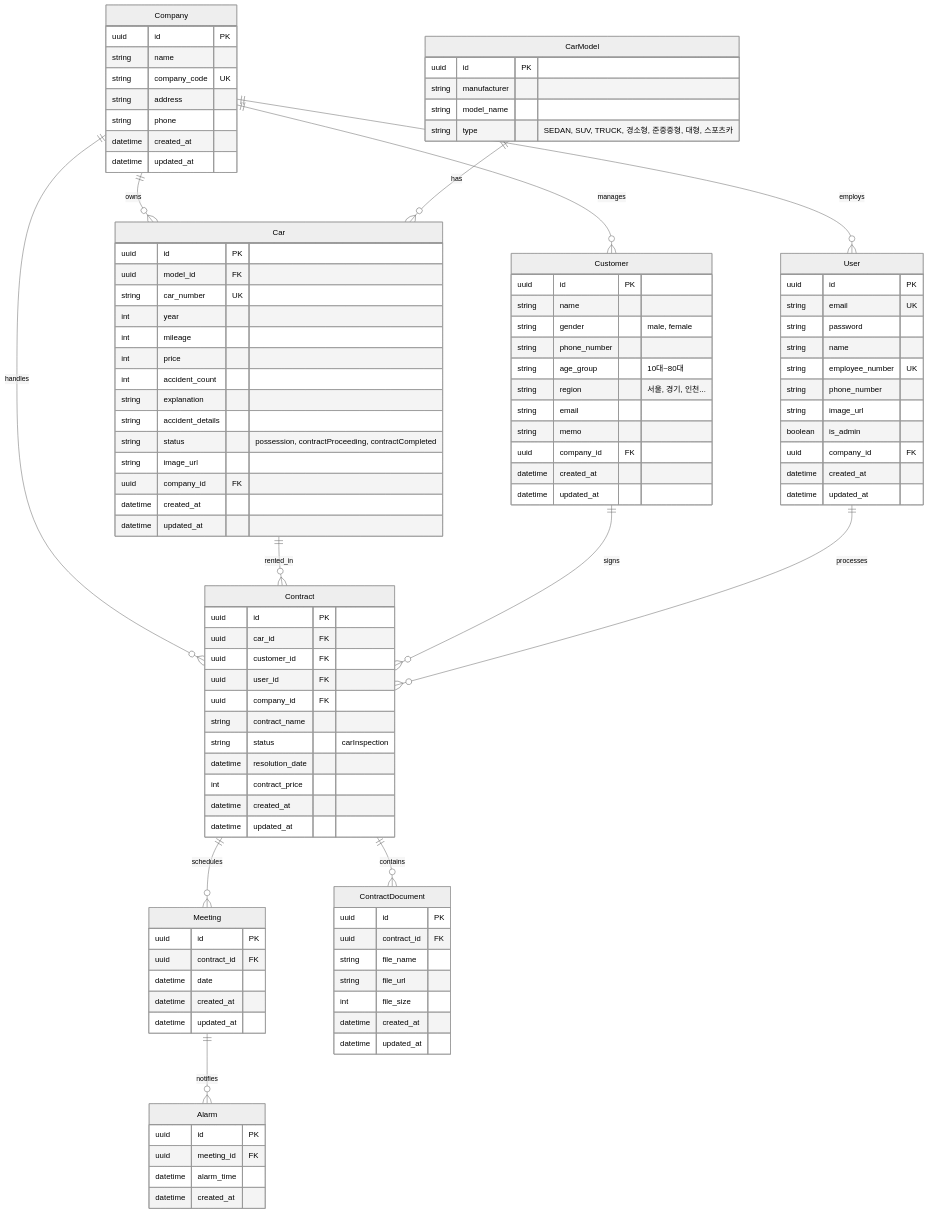
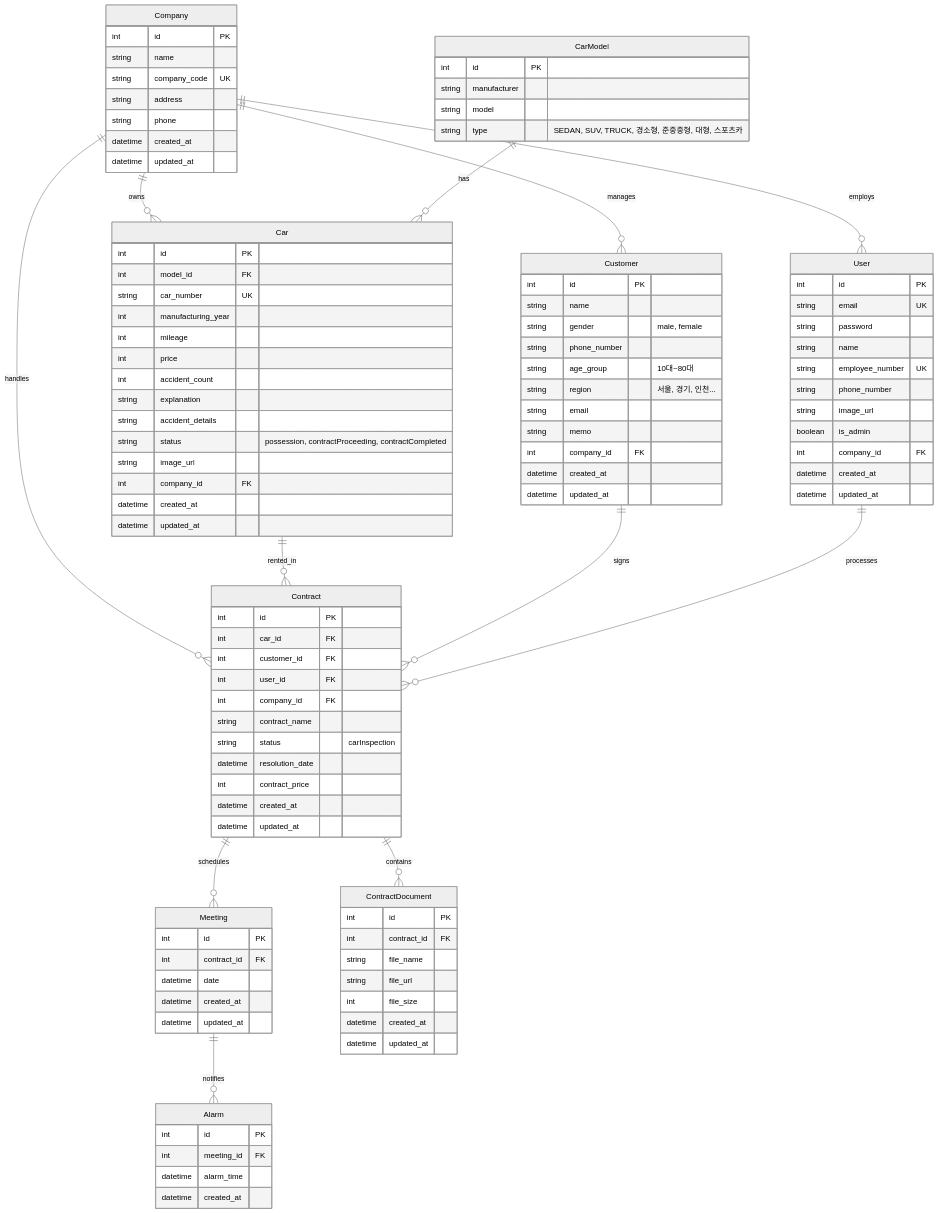
The diagram in README.md (nb04-part3-team4/nb04-DearCarmate-team4), drawn with Mermaid (neutral theme) before and after one commit. The commit also changed other lines of this file, not shown here.

```diff
--- a/README.md
+++ b/README.md
@@ -95,7 +140,7 @@
     Meeting ||--o{ Alarm : "notifies"
 
     Company {
-        uuid id PK
+        int id PK
         string name
         string company_code UK
         string address
@@ -105,7 +150,7 @@
     }
 
     User {
-        uuid id PK
+        int id PK
         string email UK
         string password
         string name
@@ -113,23 +158,23 @@
         string phone_number
         string image_url
         boolean is_admin
-        uuid company_id FK
+        int company_id FK
         datetime created_at
         datetime updated_at
     }
 
     CarModel {
-        uuid id PK
+        int id PK
         string manufacturer
-        string model_name
+        string model
         string type "SEDAN, SUV, TRUCK, 경소형, 준중중형, 대형, 스포츠카"
     }
 
     Car {
-        uuid id PK
-        uuid model_id FK
+        int id PK
+        int model_id FK
         string car_number UK
-        int year
+        int manufacturing_year
         int mileage
         int price
         int accident_count
@@ -137,13 +182,13 @@
         string accident_details
         string status "possession, contractProceeding, contractCompleted"
         string image_url
-        uuid company_id FK
+        int company_id FK
         datetime created_at
         datetime updated_at
     }
 
     Customer {
-        uuid id PK
+        int id PK
         string name
         string gender "male, female"
         string phone_number
@@ -151,17 +196,17 @@
         string region "서울, 경기, 인천..."
         string email
         string memo
-        uuid company_id FK
+        int company_id FK
         datetime created_at
         datetime updated_at
     }
 
     Contract {
-        uuid id PK
-        uuid car_id FK
-        uuid customer_id FK
-        uuid user_id FK
-        uuid company_id FK
+        int id PK
+        int car_id FK
+        int customer_id FK
+        int user_id FK
+        int company_id FK
         string contract_name
         string status "carInspection"
         datetime resolution_date
@@ -171,23 +216,23 @@
     }
 
     Meeting {
-        uuid id PK
-        uuid contract_id FK
+        int id PK
+        int contract_id FK
         datetime date
         datetime created_at
         datetime updated_at
     }
 
     Alarm {
-        uuid id PK
-        uuid meeting_id FK
+        int id PK
+        int meeting_id FK
         datetime alarm_time
         datetime created_at
     }
 
     ContractDocument {
-        uuid id PK
-        uuid contract_id FK
+        int id PK
+        int contract_id FK
         string file_name
         string file_url
         int file_size
```
